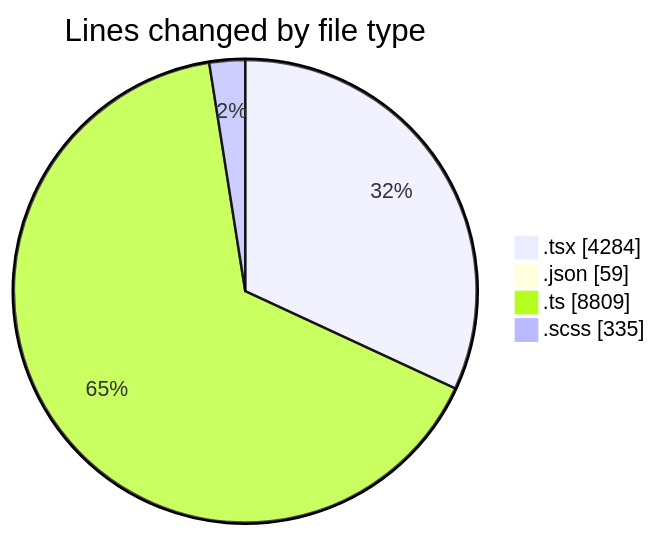
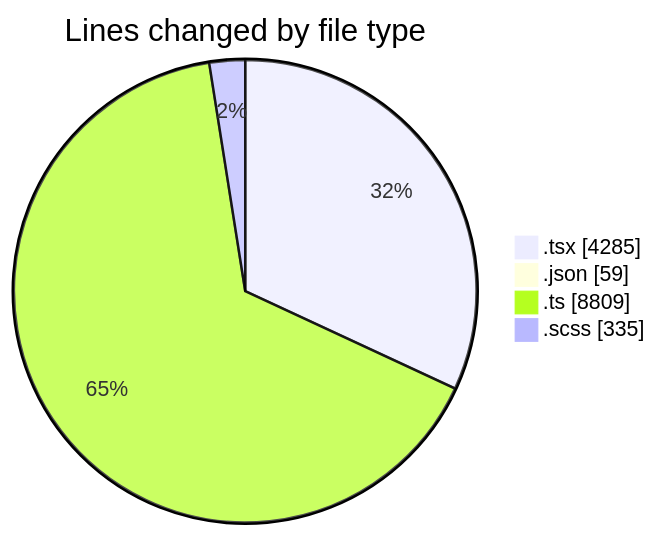
One commit to momahboobian/code-tracking changed the first of 2 diagrams in 2025-11-24/cda/README.md. Above: the diagram before and after it, drawn with Mermaid. The commit also changed other lines of this file and 1 other file, not shown here.

````diff
--- a/2025-11-24/cda/README.md
+++ b/2025-11-24/cda/README.md
@@ -35,8 +35,8 @@
 ```mermaid
 pie showData
 title Lines changed by file type
-".tsx" : 4284
+".tsx" : 4285
 ".json" : 59
 ".ts" : 8809
 ".scss" : 335
 ```
````
